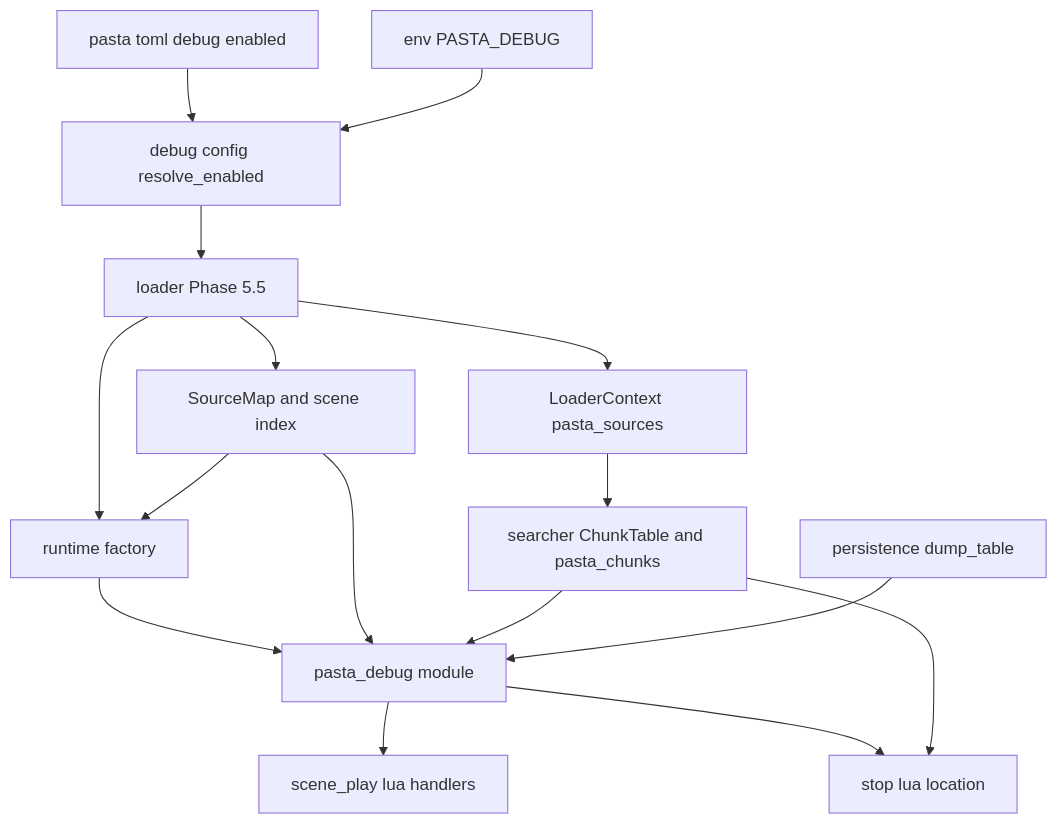
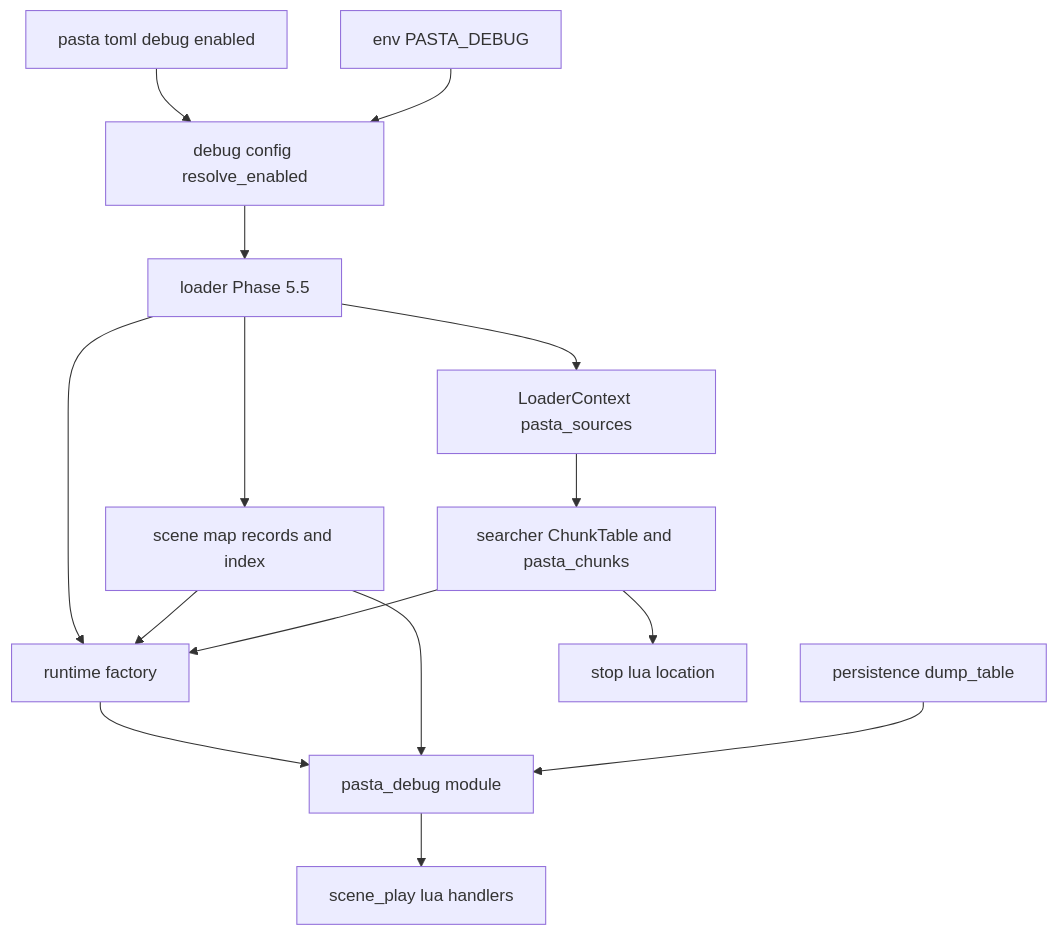
The first of 3 diagrams in .kiro/specs/debug-mcp-runtime/design.md (ekicyou/pasta), drawn with Mermaid before and after one commit. The commit also changed other lines of this file and 2 other files, not shown here.

Commit message:
docs(debug-mcp-runtime): 全設計議題を確定（議題 1 はシーンマップに縮めて 6.3 を落とす）

````diff
--- a/.kiro/specs/debug-mcp-runtime/design.md
+++ b/.kiro/specs/debug-mcp-runtime/design.md
@@ -91,18 +96,17 @@
 ```mermaid
 graph TB
     PastaToml[pasta toml debug enabled] --> Resolve[debug config resolve_enabled]
     EnvVar[env PASTA_DEBUG] --> Resolve
     Resolve --> Loader[loader Phase 5.5]
-    Loader --> SourceMap[SourceMap and scene index]
+    Loader --> SceneMap[scene map records and index]
     Loader --> Sources[LoaderContext pasta_sources]
     Loader --> Factory[runtime factory]
-    SourceMap --> Factory
+    SceneMap --> Factory
     Sources --> ChunkTable[searcher ChunkTable and pasta_chunks]
+    ChunkTable --> Factory
     Factory --> PastaDebug[pasta_debug module]
-    SourceMap --> PastaDebug
-    ChunkTable --> PastaDebug
+    SceneMap --> PastaDebug
     Persistence[persistence dump_table] --> PastaDebug
     PastaDebug --> ScenePlay[scene_play lua handlers]
-    PastaDebug --> Stop[stop lua location]
-    ChunkTable --> Stop
+    ChunkTable --> Stop[stop lua location]
 ```
````
